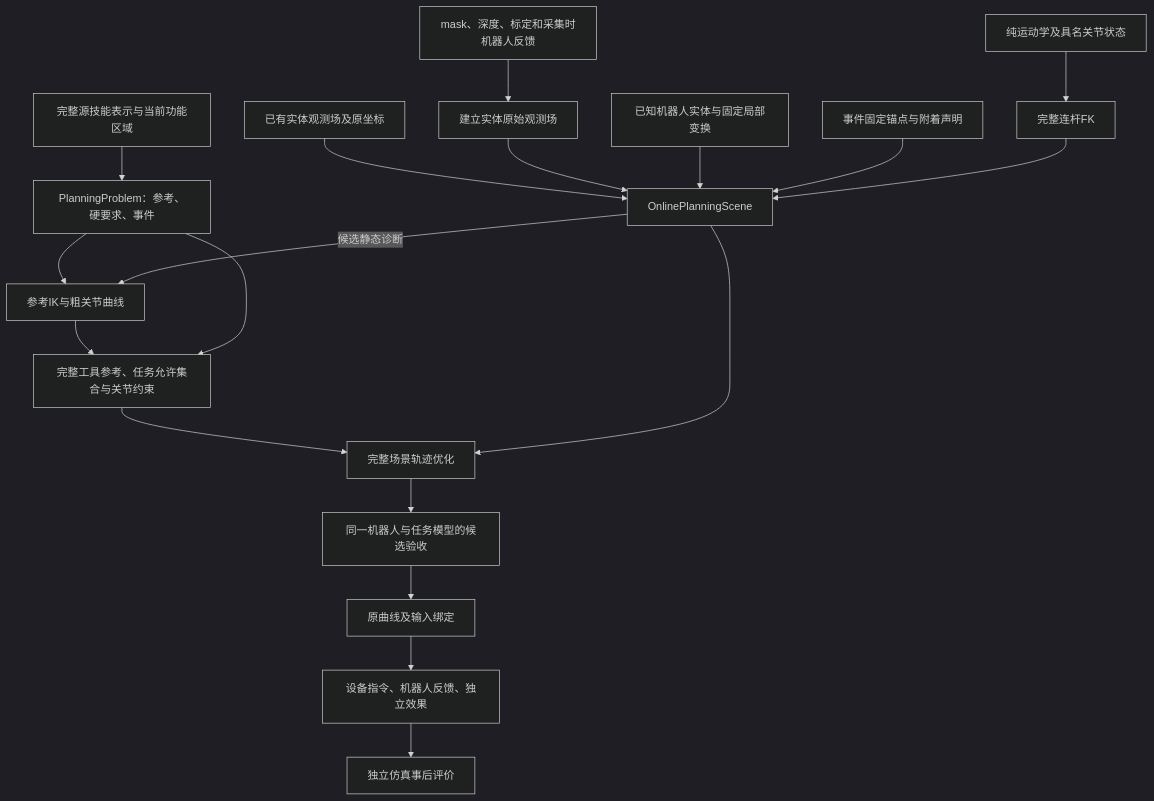
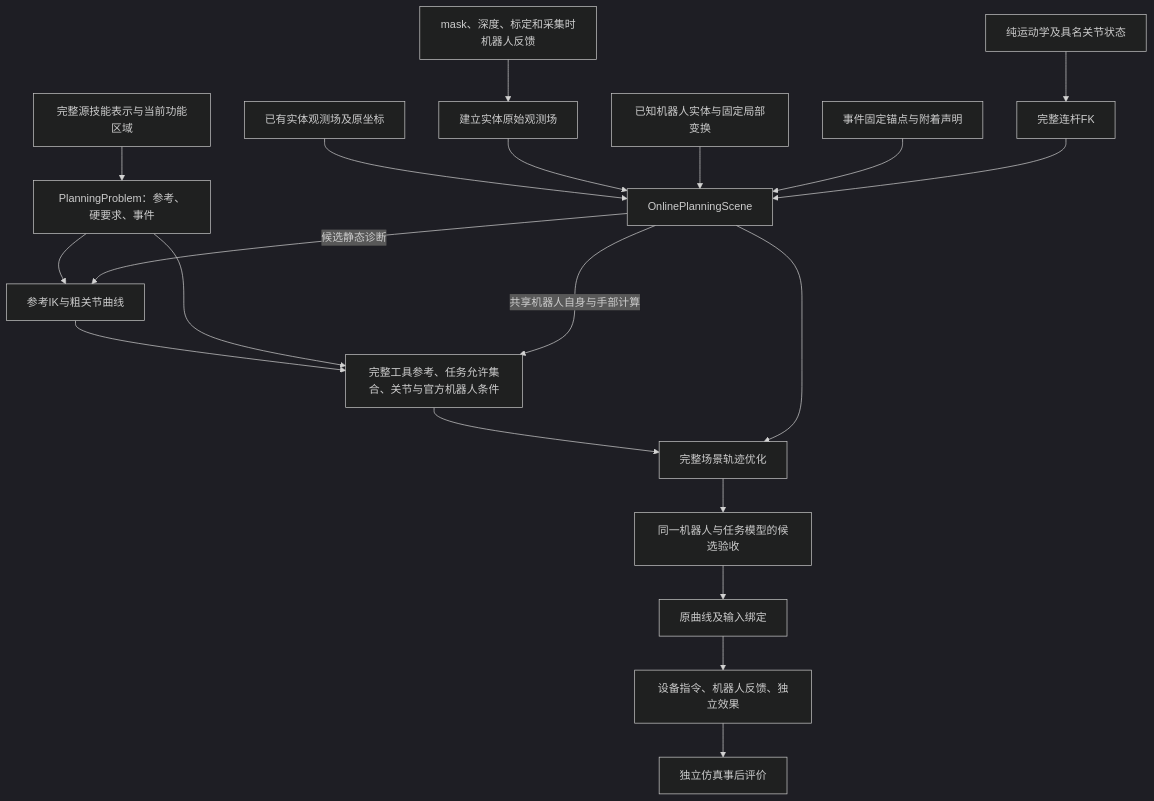
One commit to illusionaryshelter/FUNCTO_public changed the diagram in PLANNER_ARCHITECTURE.md. Above: the diagram before and after it, drawn with Mermaid (dark theme). The commit also changed other lines of this file and 81 other files, not shown here.

````diff
--- a/PLANNER_ARCHITECTURE.md
+++ b/PLANNER_ARCHITECTURE.md
@@ -20,21 +20,22 @@
 ```mermaid
 flowchart TD
  S[完整源技能表示与当前功能区域] --> P[PlanningProblem：参考、硬要求、事件]
  D[mask、深度、标定和采集时机器人反馈] --> M[建立实体原始观测场]
  G[已有实体观测场及原坐标] --> C[OnlinePlanningScene]
  M --> C
  K[纯运动学及具名关节状态] --> F[完整连杆FK]
  N[已知机器人实体与固定局部变换] --> C
  A[事件固定锚点与附着声明] --> C
  F --> C
  P --> I[参考IK与粗关节曲线]
  C -->|候选静态诊断| I
- I --> K0[完整工具参考、任务允许集合与关节约束]
+ I --> K0[完整工具参考、任务允许集合、关节与官方机器人条件]
  P --> K0
+ C -->|共享机器人自身与手部计算| K0
  K0 --> O[完整场景轨迹优化]
  C --> O
  O --> V[同一机器人与任务模型的候选验收]
  V --> B[原曲线及输入绑定]
  B --> E[设备指令、机器人反馈、独立效果]
  E --> R[独立仿真事后评价]
 ```
````
